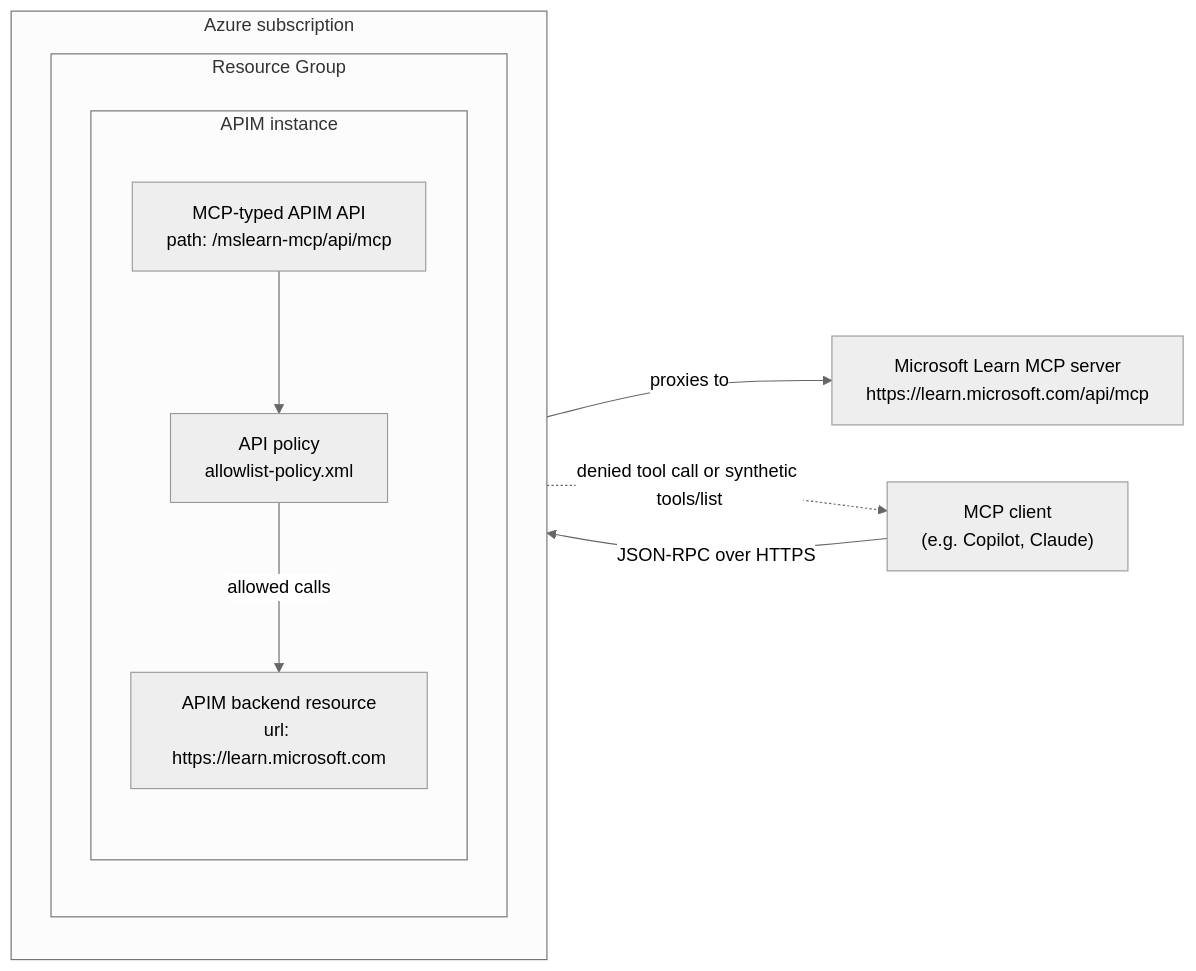
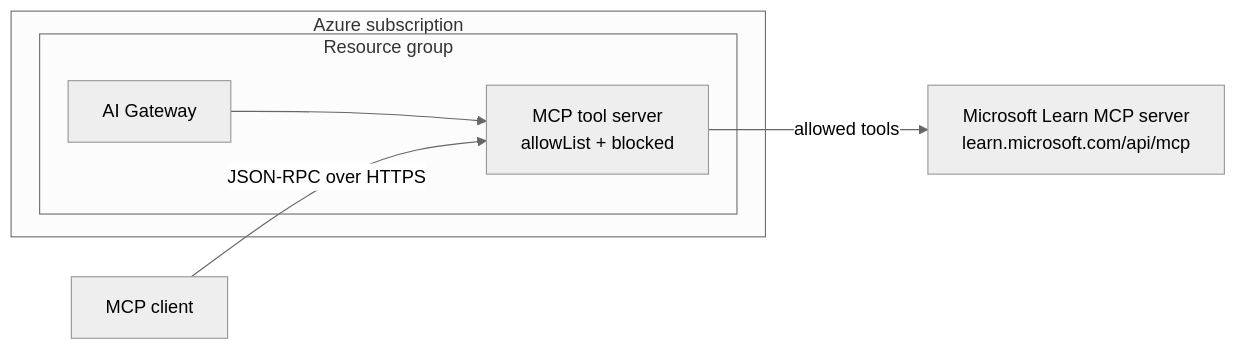
The diagram in README.md (kkgthb/az-apim-mcp-gateway-01), drawn with Mermaid (neutral theme) before and after one commit. The commit also changed other lines of this file and 18 other files, not shown here.

````diff
--- a/README.md
+++ b/README.md
@@ -47,27 +20,14 @@
 ```mermaid
 flowchart LR
-   client["MCP client<br/>(e.g. Copilot, Claude)"]
-
+   client["MCP client"]
    subgraph azure["Azure subscription"]
-      direction TB
-
-      subgraph rg["Resource Group"]
-         direction TB
-
-         subgraph apim["APIM instance"]
-            direction TB
-            api["MCP-typed APIM API<br/>path: /mslearn-mcp/api/mcp"]
-            policy["API policy<br/>allowlist-policy.xml"]
-            backend["APIM backend resource<br/>url: https://learn.microsoft.com"]
-         end
+      subgraph rg["Resource group"]
+         gateway["AI Gateway"]
+         server["MCP tool server<br/>allowList + blocked"]
+         gateway --> server
       end
    end
-
-   mslearn["Microsoft Learn MCP server<br/>https://learn.microsoft.com/api/mcp"]
-
-   client -->|"JSON-RPC over HTTPS"| api
-   api --> policy
-   policy -->|"allowed calls"| backend
-   backend -->|"proxies to"| mslearn
-   policy -.->|"denied tool call or synthetic tools/list"| client
+   learn["Microsoft Learn MCP server<br/>learn.microsoft.com/api/mcp"]
+   client -->|"JSON-RPC over HTTPS"| server
+   server -->|"allowed tools"| learn
 ```
````
